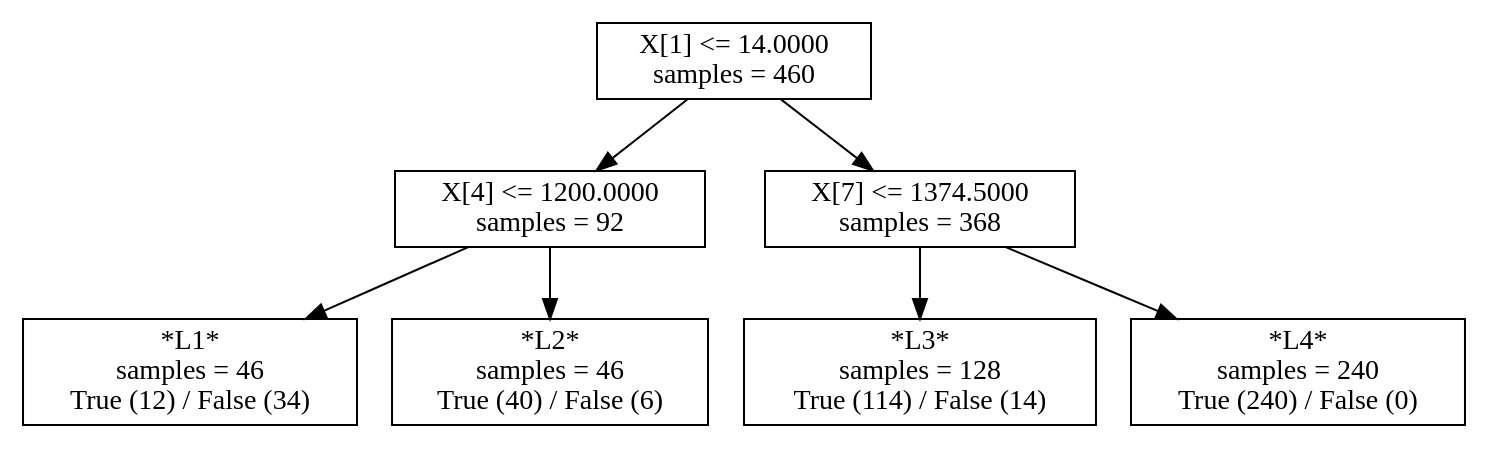
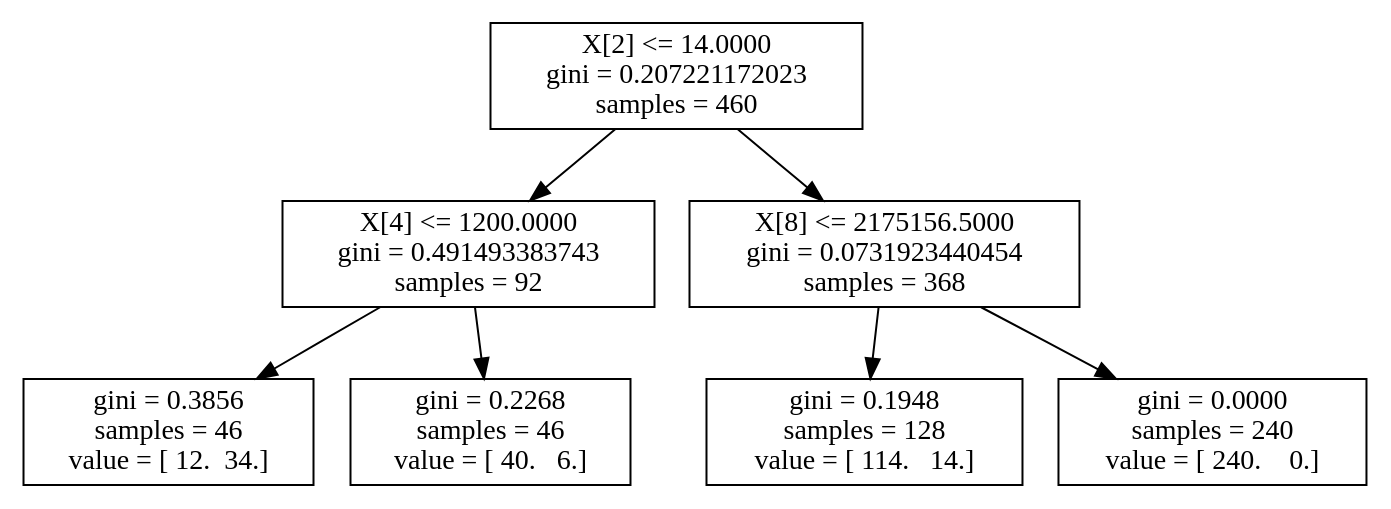
Before and after one commit to ctuning/reproduce-ck-paper-large-experiments: the diagram in script/reproduce-hog-modeling/t628-second-set-of-features-depth4/model-sklearn-dtc.modelx.dot, drawn with Graphviz. The commit also changed 199 other files, not shown here.

```diff
--- a/script/reproduce-hog-modeling/t628-second-set-of-features-depth4/model-sklearn-dtc.modelx.dot
+++ b/script/reproduce-hog-modeling/t628-second-set-of-features-depth4/model-sklearn-dtc.modelx.dot
@@ -1,15 +1,15 @@
 digraph Tree {
-0 [label="X[1] <= 14.0000\nsamples = 460", shape="box"] ;
-1 [label="X[4] <= 1200.0000\nsamples = 92", shape="box"] ;
+0 [label="X[2] <= 14.0000\ngini = 0.207221172023\nsamples = 460", shape="box"] ;
+1 [label="X[4] <= 1200.0000\ngini = 0.491493383743\nsamples = 92", shape="box"] ;
 0 -> 1 ;
-2 [label="*L1*\nsamples = 46\nTrue (12) / False (34)", shape="box"] ;
+2 [label="gini = 0.3856\nsamples = 46\nvalue = [ 12.  34.]", shape="box"] ;
 1 -> 2 ;
-3 [label="*L2*\nsamples = 46\nTrue (40) / False (6)", shape="box"] ;
+3 [label="gini = 0.2268\nsamples = 46\nvalue = [ 40.   6.]", shape="box"] ;
 1 -> 3 ;
-4 [label="X[7] <= 1374.5000\nsamples = 368", shape="box"] ;
+4 [label="X[8] <= 2175156.5000\ngini = 0.0731923440454\nsamples = 368", shape="box"] ;
 0 -> 4 ;
-5 [label="*L3*\nsamples = 128\nTrue (114) / False (14)", shape="box"] ;
+5 [label="gini = 0.1948\nsamples = 128\nvalue = [ 114.   14.]", shape="box"] ;
 4 -> 5 ;
-6 [label="*L4*\nsamples = 240\nTrue (240) / False (0)", shape="box"] ;
+6 [label="gini = 0.0000\nsamples = 240\nvalue = [ 240.    0.]", shape="box"] ;
 4 -> 6 ;
 }
```
